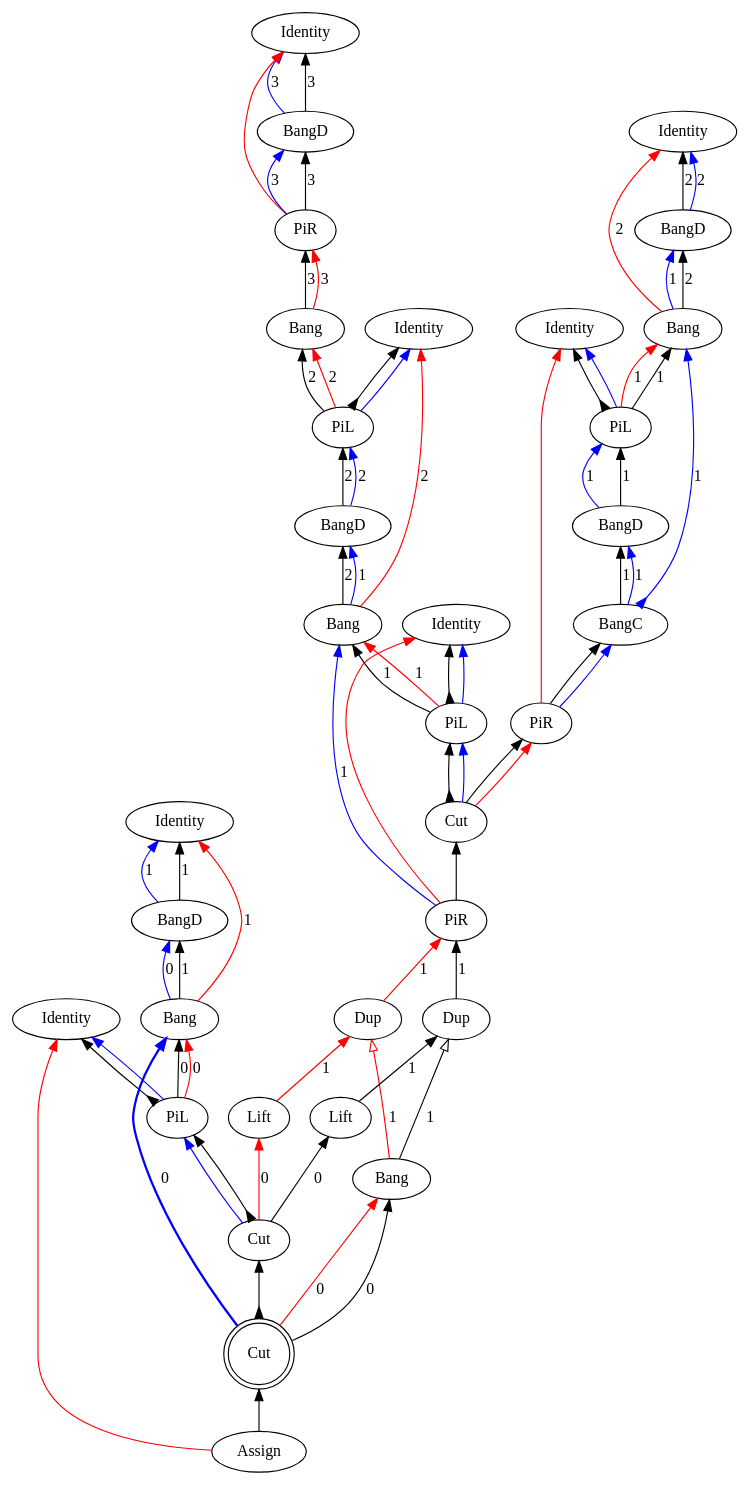
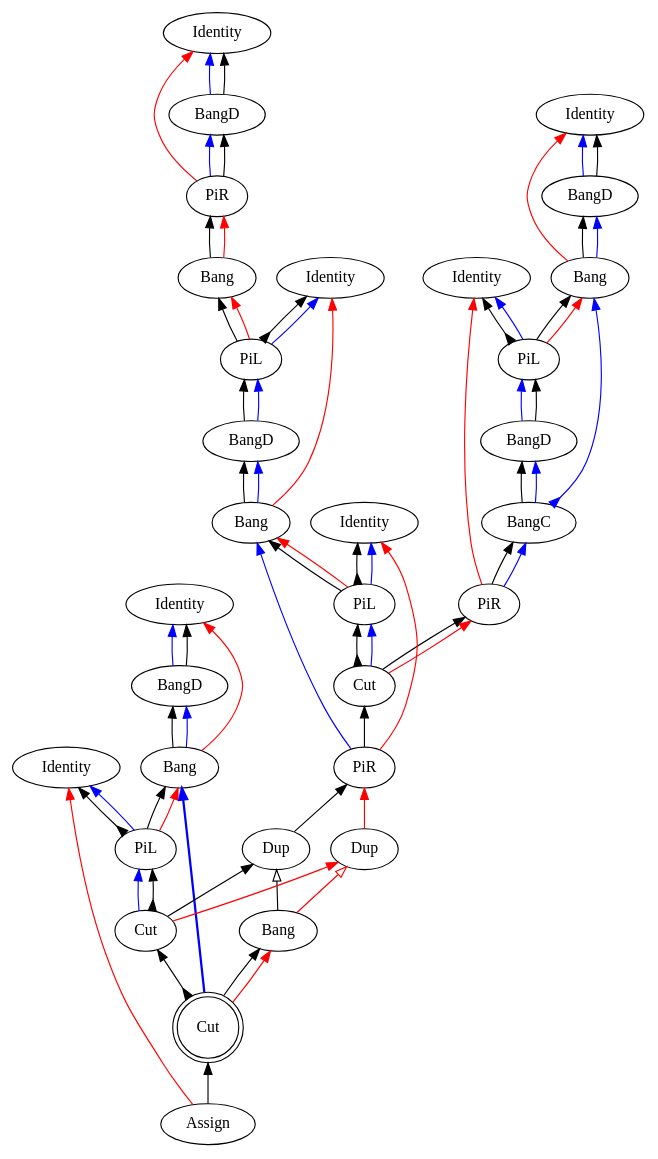
One commit to Mathnerd314/stroscot changed the diagram in src/core/graphs/example_m_7.dot. Above: the diagram before and after it, drawn with Graphviz. The commit also changed 88 other files, not shown here.

```diff
--- a/src/core/graphs/example_m_7.dot
+++ b/src/core/graphs/example_m_7.dot
@@ -1,105 +1,101 @@
 digraph {
 rankdir="BT"
 "Identity0" [label="Identity"]
 "BangD1" [label="BangD"]
 "PiR2" [label="PiR"]
 "Bang3" [label="Bang"]
 "Identity4" [label="Identity"]
 "PiL5" [label="PiL"]
 "BangD6" [label="BangD"]
 "Bang7" [label="Bang"]
 "Identity8" [label="Identity"]
 "PiL9" [label="PiL"]
 "Identity10" [label="Identity"]
 "BangD11" [label="BangD"]
 "Bang12" [label="Bang"]
 "Identity13" [label="Identity"]
 "PiL14" [label="PiL"]
 "BangD15" [label="BangD"]
 "BangC16" [label="BangC"]
 "PiR17" [label="PiR"]
 "Cut18" [label="Cut"]
 "PiR19" [label="PiR"]
 "Identity20" [label="Identity"]
 "BangD21" [label="BangD"]
 "Bang22" [label="Bang"]
 "Identity23" [label="Identity"]
 "PiL24" [label="PiL"]
 "Assign25" [label="Assign"]
 "Dup26" [label="Dup"]
 "Dup27" [label="Dup"]
 "Bang28" [label="Bang"]
 "Cut29" [label="Cut",shape=doublecircle]
 "Cut30" [label="Cut"]
-"Lift31" [label="Lift"]
-"Lift32" [label="Lift"]
-"Bang22" -> "BangD21"[color=black,weight=5,tooltip="c_bseq24",label="1",arrowhead=normal,arrowtail=none,dir=both]
-"Dup26" -> "PiR19"[color=black,weight=5,tooltip="c_bseq32",label="1",arrowhead=normal,arrowtail=none,dir=both]
-"Bang12" -> "BangD11"[color=black,weight=5,tooltip="c_bseq58",label="2",arrowhead=normal,arrowtail=none,dir=both]
-"Bang7" -> "BangD6"[color=black,weight=5,tooltip="c_bseq67",label="2",arrowhead=normal,arrowtail=none,dir=both]
-"Bang3" -> "PiR2"[color=black,weight=5,tooltip="c_bseq79",label="3",arrowhead=normal,arrowtail=none,dir=both]
-"Lift31" -> "Dup26"[color=black,weight=5,tooltip="c_bseq86",label="1",arrowhead=normal,arrowtail=none,dir=both]
-"Bang28" -> "Dup26"[color=black,weight=5,tooltip="c_bseq90",label="1",arrowhead=onormal,arrowtail=none,dir=both]
+"Bang22" -> "BangD21"[color=black,weight=5,tooltip="c_bseq24",arrowhead=normal,arrowtail=none,dir=both]
+"Dup26" -> "PiR19"[color=black,weight=5,tooltip="c_bseq32",arrowhead=normal,arrowtail=none,dir=both]
+"Bang12" -> "BangD11"[color=black,weight=5,tooltip="c_bseq58",arrowhead=normal,arrowtail=none,dir=both]
+"Bang7" -> "BangD6"[color=black,weight=5,tooltip="c_bseq67",arrowhead=normal,arrowtail=none,dir=both]
+"Bang3" -> "PiR2"[color=black,weight=5,tooltip="c_bseq79",arrowhead=normal,arrowtail=none,dir=both]
+"Cut30" -> "Dup26"[color=black,weight=5,tooltip="c_bseq86",arrowhead=normal,arrowtail=none,dir=both]
+"Bang28" -> "Dup26"[color=black,weight=5,tooltip="c_bseq90",arrowhead=onormal,arrowtail=none,dir=both]
 "Cut18" -> "PiL9"[color=black,weight=5,tooltip="c_lseq36",arrowhead=normal,arrowtail=inv,dir=both]
 "Cut18" -> "PiR17"[color=black,weight=5,tooltip="c_rseq37",arrowhead=normal,arrowtail=none,dir=both]
-"PiL24" -> "Bang22"[color=black,weight=5,tooltip="dseq20",label="0",arrowhead=normal,arrowtail=none,dir=both]
-"PiL14" -> "Bang12"[color=black,weight=5,tooltip="dseq54",label="1",arrowhead=normal,arrowtail=none,dir=both]
-"PiL9" -> "Bang7"[color=black,weight=5,tooltip="dseq63",label="1",arrowhead=normal,arrowtail=none,dir=both]
-"PiL5" -> "Bang3"[color=black,weight=5,tooltip="dseq76",label="2",arrowhead=normal,arrowtail=none,dir=both]
-"Cut29" -> "Bang28"[color=black,weight=5,tooltip="dseq92",label="0",arrowhead=normal,arrowtail=none,dir=both]
-"PiR19" -> "Bang7"[color=blue,weight=2,tooltip="h34",label="1",arrowhead=normal,arrowtail=none,dir=both]
-"Bang7" -> "BangD6"[color=blue,weight=2,tooltip="hf65",label="1",arrowhead=normal,arrowtail=none,dir=both]
-"BangD6" -> "PiL5"[color=black,weight=5,tooltip="hseq72",label="2",arrowhead=normal,arrowtail=none,dir=both]
-"PiR2" -> "BangD1"[color=blue,weight=2,tooltip="i81",label="3",arrowhead=normal,arrowtail=none,dir=both]
+"PiL24" -> "Bang22"[color=black,weight=5,tooltip="dseq20",arrowhead=normal,arrowtail=none,dir=both]
+"PiL14" -> "Bang12"[color=black,weight=5,tooltip="dseq54",arrowhead=normal,arrowtail=none,dir=both]
+"PiL9" -> "Bang7"[color=black,weight=5,tooltip="dseq63",arrowhead=normal,arrowtail=none,dir=both]
+"PiL5" -> "Bang3"[color=black,weight=5,tooltip="dseq76",arrowhead=normal,arrowtail=none,dir=both]
+"Cut29" -> "Bang28"[color=black,weight=5,tooltip="dseq92",arrowhead=normal,arrowtail=none,dir=both]
+"PiR19" -> "Bang7"[color=blue,weight=2,tooltip="h34",arrowhead=normal,arrowtail=none,dir=both]
+"Bang7" -> "BangD6"[color=blue,weight=2,tooltip="hf65",arrowhead=normal,arrowtail=none,dir=both]
+"BangD6" -> "PiL5"[color=black,weight=5,tooltip="hseq72",arrowhead=normal,arrowtail=none,dir=both]
+"PiR2" -> "BangD1"[color=blue,weight=2,tooltip="i81",arrowhead=normal,arrowtail=none,dir=both]
 "PiL24" -> "Identity23"[color=black,weight=5,tooltip="idseq21",arrowhead=normal,arrowtail=inv,dir=both]
 "PiL14" -> "Identity13"[color=black,weight=5,tooltip="idseq55",arrowhead=normal,arrowtail=inv,dir=both]
 "PiL9" -> "Identity8"[color=black,weight=5,tooltip="idseq64",arrowhead=normal,arrowtail=inv,dir=both]
 "PiL5" -> "Identity4"[color=black,weight=5,tooltip="idseq77",arrowhead=normal,arrowtail=inv,dir=both]
-"BangD1" -> "Identity0"[color=blue,weight=2,tooltip="iret84",label="3",arrowhead=normal,arrowtail=none,dir=both]
-"BangD1" -> "Identity0"[color=black,weight=5,tooltip="iseq83",label="3",arrowhead=normal,arrowtail=none,dir=both]
+"BangD1" -> "Identity0"[color=blue,weight=2,tooltip="iret84",arrowhead=normal,arrowtail=none,dir=both]
+"BangD1" -> "Identity0"[color=black,weight=5,tooltip="iseq83",arrowhead=normal,arrowtail=none,dir=both]
 "PiL24" -> "Identity23"[color=blue,weight=2,tooltip="lret19",arrowhead=normal,arrowtail=none,dir=both]
 "PiL14" -> "Identity13"[color=blue,weight=2,tooltip="lret53",arrowhead=normal,arrowtail=none,dir=both]
 "PiL9" -> "Identity8"[color=blue,weight=2,tooltip="lret62",arrowhead=normal,arrowtail=none,dir=both]
 "PiL5" -> "Identity4"[color=blue,weight=2,tooltip="lret75",arrowhead=normal,arrowtail=none,dir=both]
 "Cut30" -> "PiL24"[color=blue,weight=2,tooltip="lval14",arrowhead=normal,arrowtail=none,dir=both]
 "Cut18" -> "PiL9"[color=blue,weight=2,tooltip="lval38",arrowhead=normal,arrowtail=none,dir=both]
-"BangD15" -> "PiL14"[color=blue,weight=2,tooltip="lval48",label="1",arrowhead=normal,arrowtail=none,dir=both]
-"BangD6" -> "PiL5"[color=blue,weight=2,tooltip="lval70",label="2",arrowhead=normal,arrowtail=none,dir=both]
-"PiL24" -> "Bang22"[color=red,weight=2,tooltip="newrret18",label="0",arrowhead=normal,arrowtail=none,dir=both]
-"PiL14" -> "Bang12"[color=red,weight=2,tooltip="newrret52",label="1",arrowhead=normal,arrowtail=none,dir=both]
-"PiL9" -> "Bang7"[color=red,weight=2,tooltip="newrret61",label="1",arrowhead=normal,arrowtail=none,dir=both]
-"PiL5" -> "Bang3"[color=red,weight=2,tooltip="newrret74",label="2",arrowhead=normal,arrowtail=none,dir=both]
-"Cut29" -> "Bang28"[color=red,weight=2,tooltip="newrret93",label="0",arrowhead=normal,arrowtail=none,dir=both]
-"Bang22" -> "Identity20"[color=red,weight=2,tooltip="newrretf23",label="1",arrowhead=normal,arrowtail=none,dir=both]
-"Dup27" -> "PiR19"[color=red,weight=2,tooltip="newrretf31",label="1",arrowhead=normal,arrowtail=none,dir=both]
-"Bang12" -> "Identity10"[color=red,weight=2,tooltip="newrretf57",label="2",arrowhead=normal,arrowtail=none,dir=both]
-"Bang7" -> "Identity4"[color=red,weight=2,tooltip="newrretf66",label="2",arrowhead=normal,arrowtail=none,dir=both]
-"Bang3" -> "PiR2"[color=red,weight=2,tooltip="newrretf78",label="3",arrowhead=normal,arrowtail=none,dir=both]
-"Lift32" -> "Dup27"[color=red,weight=2,tooltip="newrretf87",label="1",arrowhead=normal,arrowtail=none,dir=both]
-"Bang28" -> "Dup27"[color=red,weight=2,tooltip="newrretf91",label="1",arrowhead=onormal,arrowtail=none,dir=both]
+"BangD15" -> "PiL14"[color=blue,weight=2,tooltip="lval48",arrowhead=normal,arrowtail=none,dir=both]
+"BangD6" -> "PiL5"[color=blue,weight=2,tooltip="lval70",arrowhead=normal,arrowtail=none,dir=both]
+"PiL24" -> "Bang22"[color=red,weight=2,tooltip="newrret18",arrowhead=normal,arrowtail=none,dir=both]
+"PiL14" -> "Bang12"[color=red,weight=2,tooltip="newrret52",arrowhead=normal,arrowtail=none,dir=both]
+"PiL9" -> "Bang7"[color=red,weight=2,tooltip="newrret61",arrowhead=normal,arrowtail=none,dir=both]
+"PiL5" -> "Bang3"[color=red,weight=2,tooltip="newrret74",arrowhead=normal,arrowtail=none,dir=both]
+"Cut29" -> "Bang28"[color=red,weight=2,tooltip="newrret93",arrowhead=normal,arrowtail=none,dir=both]
+"Bang22" -> "Identity20"[color=red,weight=2,tooltip="newrretf23",arrowhead=normal,arrowtail=none,dir=both]
+"Dup27" -> "PiR19"[color=red,weight=2,tooltip="newrretf31",arrowhead=normal,arrowtail=none,dir=both]
+"Bang12" -> "Identity10"[color=red,weight=2,tooltip="newrretf57",arrowhead=normal,arrowtail=none,dir=both]
+"Bang7" -> "Identity4"[color=red,weight=2,tooltip="newrretf66",arrowhead=normal,arrowtail=none,dir=both]
+"Bang3" -> "PiR2"[color=red,weight=2,tooltip="newrretf78",arrowhead=normal,arrowtail=none,dir=both]
+"Cut30" -> "Dup27"[color=red,weight=2,tooltip="newrretf87",arrowhead=normal,arrowtail=none,dir=both]
+"Bang28" -> "Dup27"[color=red,weight=2,tooltip="newrretf91",arrowhead=onormal,arrowtail=none,dir=both]
 "PiR19" -> "Identity8"[color=red,weight=2,tooltip="ret35",arrowhead=normal,arrowtail=none,dir=both]
 "PiR17" -> "Identity13"[color=red,weight=2,tooltip="ret42",arrowhead=normal,arrowtail=none,dir=both]
 "Assign25" -> "Identity23"[color=red,weight=2,tooltip="ret8",arrowhead=normal,arrowtail=none,dir=both]
 "PiR2" -> "Identity0"[color=red,weight=2,tooltip="ret82",arrowhead=normal,arrowtail=none,dir=both]
 "Assign25" -> "Cut29"[color=black,weight=5,tooltip="retseq0",arrowhead=normal,arrowtail=none,dir=both]
 "Cut18" -> "PiR17"[color=red,weight=2,tooltip="rval39",arrowhead=normal,arrowtail=none,dir=both]
 "PiR19" -> "Cut18"[color=black,weight=5,tooltip="seq33",arrowhead=normal,arrowtail=none,dir=both]
 "PiR17" -> "BangC16"[color=black,weight=5,tooltip="seq40",arrowhead=normal,arrowtail=none,dir=both]
-"BangC16" -> "BangD15"[color=black,weight=5,tooltip="seq45",label="1",arrowhead=normal,arrowtail=none,dir=both]
-"PiR2" -> "BangD1"[color=black,weight=5,tooltip="seq80",label="3",arrowhead=normal,arrowtail=none,dir=both]
+"BangC16" -> "BangD15"[color=black,weight=5,tooltip="seq45",arrowhead=normal,arrowtail=none,dir=both]
+"PiR2" -> "BangD1"[color=black,weight=5,tooltip="seq80",arrowhead=normal,arrowtail=none,dir=both]
 "Cut29" -> "Cut30"[color=black,weight=5,tooltip="seqBC94",arrowhead=normal,arrowtail=inv,dir=both]
-"Cut30" -> "Lift32"[color=red,weight=2,tooltip="seqDM96",label="0",arrowhead=normal,arrowtail=none,dir=both]
-"Cut30" -> "Lift31"[color=black,weight=5,tooltip="seqDS95",label="0",arrowhead=normal,arrowtail=none,dir=both]
-"Cut29" -> "Bang22"[color=blue,weight=2,tooltip="xB10",label="0",arrowhead=normal,arrowtail=none,penwidth=2,dir=both]
-"Bang22" -> "BangD21"[color=blue,weight=2,tooltip="xBf22",label="0",arrowhead=normal,arrowtail=none,dir=both]
-"BangD21" -> "Identity20"[color=blue,weight=2,tooltip="xret26",label="1",arrowhead=normal,arrowtail=none,dir=both]
+"Cut29" -> "Bang22"[color=blue,weight=2,tooltip="xB10",arrowhead=normal,arrowtail=none,penwidth=2,dir=both]
+"Bang22" -> "BangD21"[color=blue,weight=2,tooltip="xBf22",arrowhead=normal,arrowtail=none,dir=both]
+"BangD21" -> "Identity20"[color=blue,weight=2,tooltip="xret26",arrowhead=normal,arrowtail=none,dir=both]
 "Cut30" -> "PiL24"[color=black,weight=5,tooltip="xseq16",arrowhead=normal,arrowtail=inv,dir=both]
-"BangD21" -> "Identity20"[color=black,weight=5,tooltip="xseq25",label="1",arrowhead=normal,arrowtail=none,dir=both]
+"BangD21" -> "Identity20"[color=black,weight=5,tooltip="xseq25",arrowhead=normal,arrowtail=none,dir=both]
 "PiR17" -> "BangC16"[color=blue,weight=2,tooltip="y41",arrowhead=normal,arrowtail=none,dir=both]
-"BangC16" -> "BangD15"[color=blue,weight=2,tooltip="yA43",label="1",arrowhead=normal,arrowtail=none,dir=both]
-"BangC16" -> "Bang12"[color=blue,weight=2,tooltip="yB44",label="1",arrowhead=normal,arrowtail=inv,dir=both]
-"Bang12" -> "BangD11"[color=blue,weight=2,tooltip="yBf56",label="1",arrowhead=normal,arrowtail=none,dir=both]
-"BangD11" -> "Identity10"[color=blue,weight=2,tooltip="yret60",label="2",arrowhead=normal,arrowtail=none,dir=both]
-"BangD15" -> "PiL14"[color=black,weight=5,tooltip="yseq50",label="1",arrowhead=normal,arrowtail=none,dir=both]
-"BangD11" -> "Identity10"[color=black,weight=5,tooltip="yseq59",label="2",arrowhead=normal,arrowtail=none,dir=both]
+"BangC16" -> "BangD15"[color=blue,weight=2,tooltip="yA43",arrowhead=normal,arrowtail=none,dir=both]
+"BangC16" -> "Bang12"[color=blue,weight=2,tooltip="yB44",arrowhead=normal,arrowtail=inv,dir=both]
+"Bang12" -> "BangD11"[color=blue,weight=2,tooltip="yBf56",arrowhead=normal,arrowtail=none,dir=both]
+"BangD11" -> "Identity10"[color=blue,weight=2,tooltip="yret60",arrowhead=normal,arrowtail=none,dir=both]
+"BangD15" -> "PiL14"[color=black,weight=5,tooltip="yseq50",arrowhead=normal,arrowtail=none,dir=both]
+"BangD11" -> "Identity10"[color=black,weight=5,tooltip="yseq59",arrowhead=normal,arrowtail=none,dir=both]
 }
```
